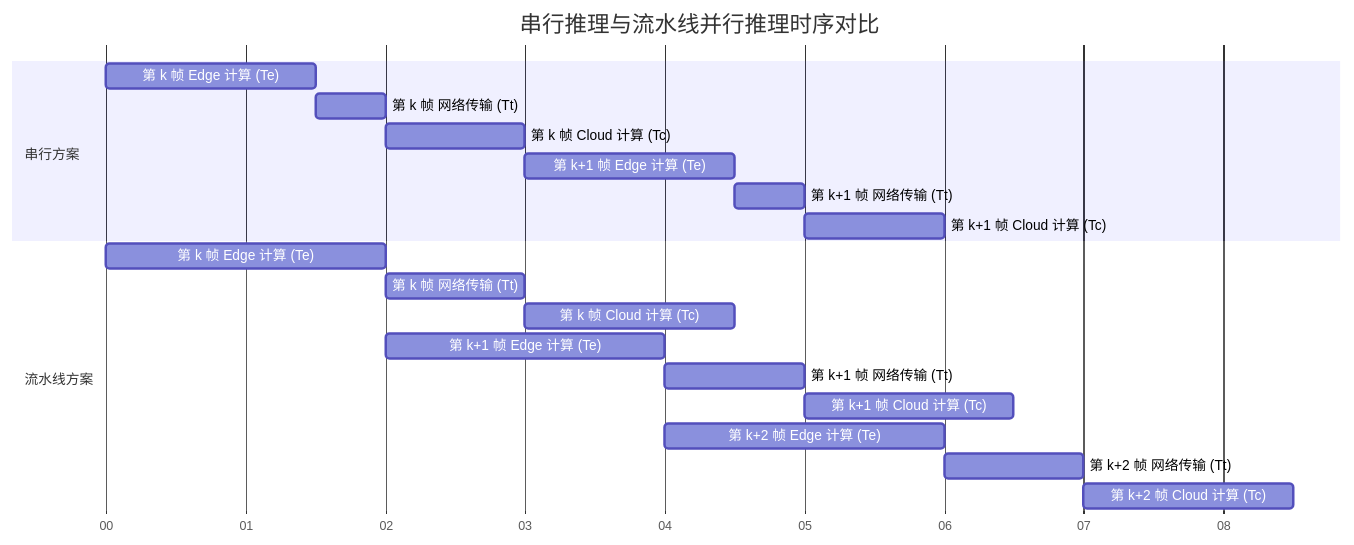
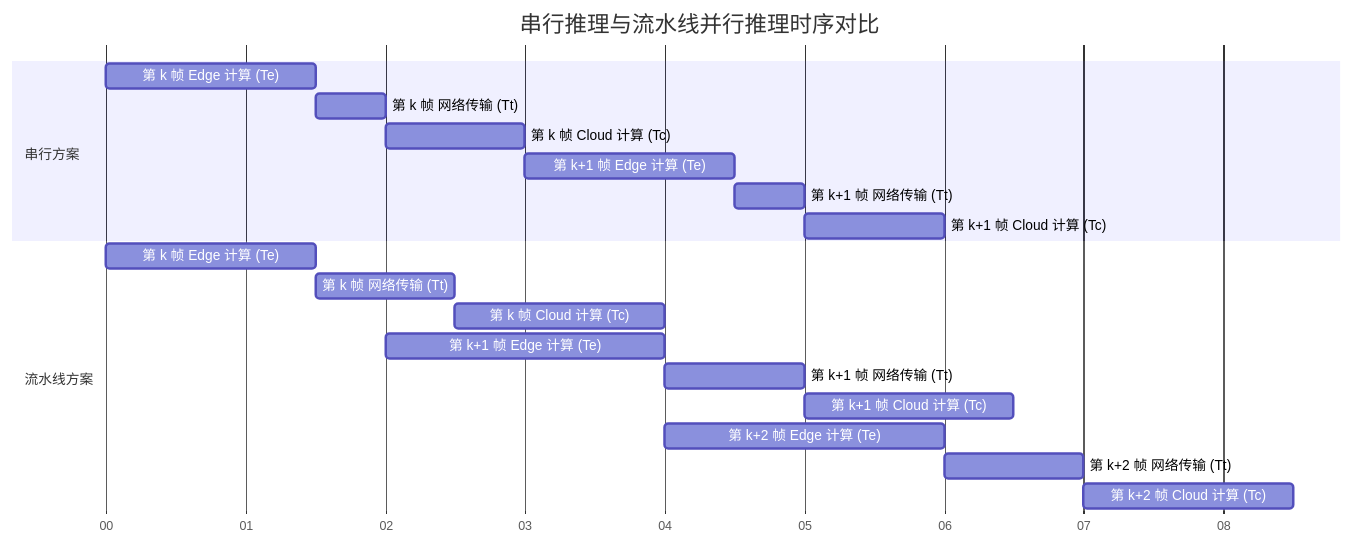
One commit to intmain-yy/iodraw-files changed the diagram in all/未命名-1.md. Above: the diagram before and after it, drawn with Mermaid.

Commit message:
2026-02-28 13:47:26 update

````diff
--- a/all/未命名-1.md
+++ b/all/未命名-1.md
@@ -1,27 +1,27 @@
 ```mermaid
 gantt
     title 串行推理与流水线并行推理时序对比
     dateFormat  s
     axisFormat  %S
     
     section 串行方案
     第 k 帧 Edge 计算 (Te)       :a1, 0, 1.5s
     第 k 帧 网络传输 (Tt)       :a2, after a1, 0.5s
     第 k 帧 Cloud 计算 (Tc)      :a3, after a2, 1s
     第 k+1 帧 Edge 计算 (Te)     :a4, after a3, 1.5s
     第 k+1 帧 网络传输 (Tt)     :a5, after a4, 0.5s
     第 k+1 帧 Cloud 计算 (Tc)    :a6, after a5, 1s
     
     section 流水线方案
-    第 k 帧 Edge 计算 (Te)       :b1, 0, 2s
+    第 k 帧 Edge 计算 (Te)       :b1, 0, 1.5s
     第 k 帧 网络传输 (Tt)       :b2, after b1, 1s
     第 k 帧 Cloud 计算 (Tc)      :b3, after b2, 1.5s
     
     第 k+1 帧 Edge 计算 (Te)     :c1, 2, 2s
     第 k+1 帧 网络传输 (Tt)     :c2, after c1, 1s
     第 k+1 帧 Cloud 计算 (Tc)    :c3, after c2, 1.5s
     
     第 k+2 帧 Edge 计算 (Te)     :d1, 4, 2s
     第 k+2 帧 网络传输 (Tt)     :d2, after d1, 1s
     第 k+2 帧 Cloud 计算 (Tc)    :d3, after d2, 1.5s
 ```
````
